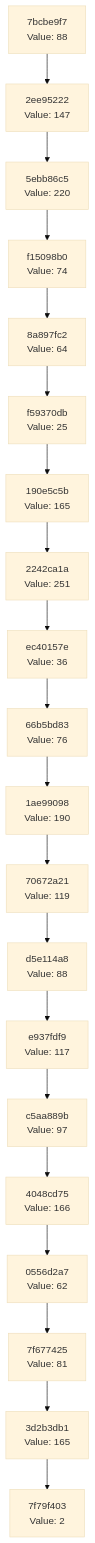
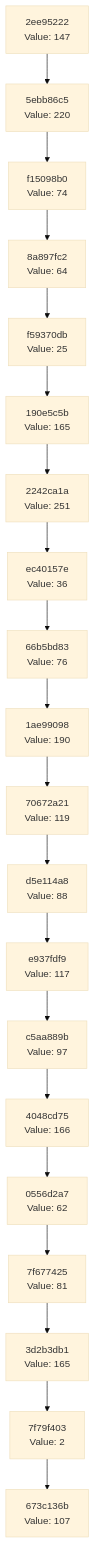
One commit to Abhisheksinha1506/hash-chain-evolver changed the diagram in docs/CHAIN_VISUALIZATION.md. Above: the diagram before and after it, drawn with Mermaid (base theme). The commit also changed 1 other file, not shown here.

Commit message:
Evolution Step

````diff
--- a/docs/CHAIN_VISUALIZATION.md
+++ b/docs/CHAIN_VISUALIZATION.md
@@ -3,42 +3,42 @@
 ```mermaid
 graph TD
-    C0["7f79f403<br/>Value: 2"]
-    C1["3d2b3db1<br/>Value: 165"]
+    C0["673c136b<br/>Value: 107"]
+    C1["7f79f403<br/>Value: 2"]
     C1 --> C0
-    C2["7f677425<br/>Value: 81"]
+    C2["3d2b3db1<br/>Value: 165"]
     C2 --> C1
-    C3["0556d2a7<br/>Value: 62"]
+    C3["7f677425<br/>Value: 81"]
     C3 --> C2
-    C4["4048cd75<br/>Value: 166"]
+    C4["0556d2a7<br/>Value: 62"]
     C4 --> C3
-    C5["c5aa889b<br/>Value: 97"]
+    C5["4048cd75<br/>Value: 166"]
     C5 --> C4
-    C6["e937fdf9<br/>Value: 117"]
+    C6["c5aa889b<br/>Value: 97"]
     C6 --> C5
-    C7["d5e114a8<br/>Value: 88"]
+    C7["e937fdf9<br/>Value: 117"]
     C7 --> C6
-    C8["70672a21<br/>Value: 119"]
+    C8["d5e114a8<br/>Value: 88"]
     C8 --> C7
-    C9["1ae99098<br/>Value: 190"]
+    C9["70672a21<br/>Value: 119"]
     C9 --> C8
-    C10["66b5bd83<br/>Value: 76"]
+    C10["1ae99098<br/>Value: 190"]
     C10 --> C9
-    C11["ec40157e<br/>Value: 36"]
+    C11["66b5bd83<br/>Value: 76"]
     C11 --> C10
-    C12["2242ca1a<br/>Value: 251"]
+    C12["ec40157e<br/>Value: 36"]
     C12 --> C11
-    C13["190e5c5b<br/>Value: 165"]
+    C13["2242ca1a<br/>Value: 251"]
     C13 --> C12
-    C14["f59370db<br/>Value: 25"]
+    C14["190e5c5b<br/>Value: 165"]
     C14 --> C13
-    C15["8a897fc2<br/>Value: 64"]
+    C15["f59370db<br/>Value: 25"]
     C15 --> C14
-    C16["f15098b0<br/>Value: 74"]
+    C16["8a897fc2<br/>Value: 64"]
     C16 --> C15
-    C17["5ebb86c5<br/>Value: 220"]
+    C17["f15098b0<br/>Value: 74"]
     C17 --> C16
-    C18["2ee95222<br/>Value: 147"]
+    C18["5ebb86c5<br/>Value: 220"]
     C18 --> C17
-    C19["7bcbe9f7<br/>Value: 88"]
+    C19["2ee95222<br/>Value: 147"]
     C19 --> C18
 ```
````
